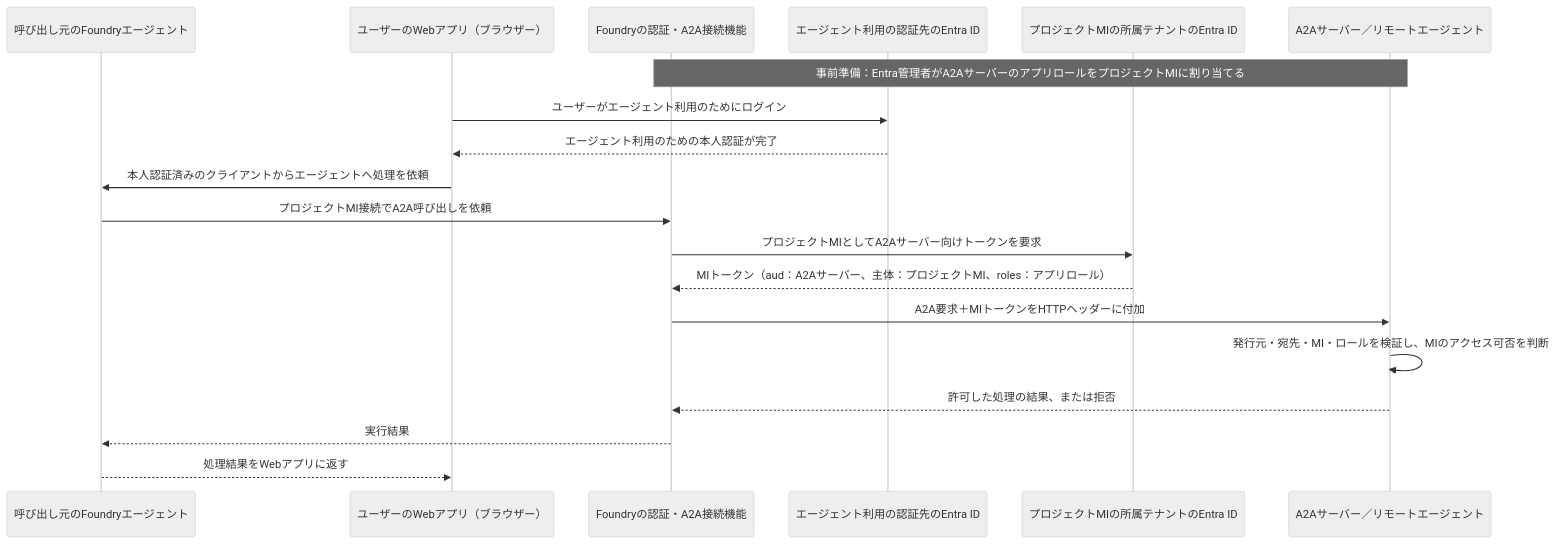
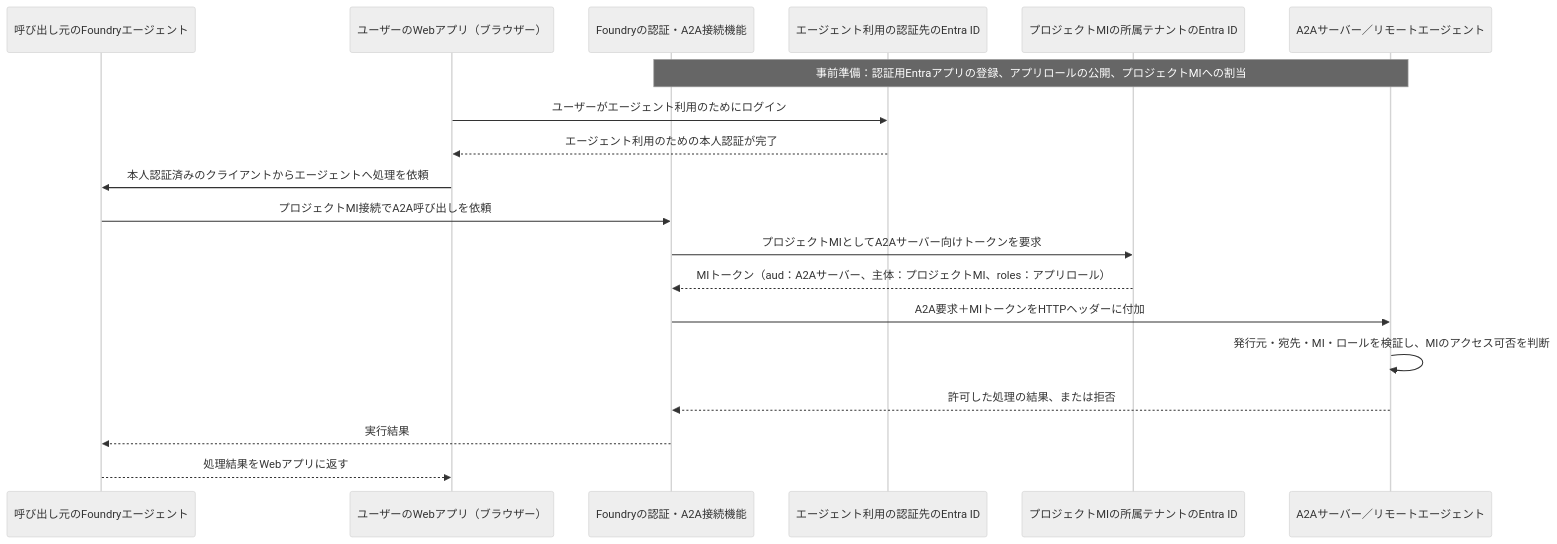
The seventh of 8 diagrams in public/docs/A2Aの基本.md (ketana0224/cross-tenant-obo), drawn with Mermaid (neutral theme) before and after one commit. The commit also changed other lines of this file and 8 other files, not shown here.

````diff
--- a/public/docs/A2Aの基本.md
+++ b/public/docs/A2Aの基本.md
@@ -253,22 +256,22 @@
 ```mermaid
 sequenceDiagram
     participant Agent as 呼び出し元のFoundryエージェント
     participant User as ユーザーのWebアプリ（ブラウザー）
     participant Auth as Foundryの認証・A2A接続機能
     participant AgentEntra as エージェント利用の認証先のEntra ID
     participant Entra as プロジェクトMIの所属テナントのEntra ID
     participant A2A as A2Aサーバー／リモートエージェント
 
-    Note over Auth,A2A: 事前準備：Entra管理者がA2AサーバーのアプリロールをプロジェクトMIに割り当てる
+    Note over Auth,A2A: 事前準備：認証用Entraアプリの登録、アプリロールの公開、プロジェクトMIへの割当
     User->>AgentEntra: ユーザーがエージェント利用のためにログイン
     AgentEntra-->>User: エージェント利用のための本人認証が完了
     User->>Agent: 本人認証済みのクライアントからエージェントへ処理を依頼
     Agent->>Auth: プロジェクトMI接続でA2A呼び出しを依頼
     Auth->>Entra: プロジェクトMIとしてA2Aサーバー向けトークンを要求
     Entra-->>Auth: MIトークン（aud：A2Aサーバー、主体：プロジェクトMI、roles：アプリロール）
     Auth->>A2A: A2A要求＋MIトークンをHTTPヘッダーに付加
     A2A->>A2A: 発行元・宛先・MI・ロールを検証し、MIのアクセス可否を判断
     A2A-->>Auth: 許可した処理の結果、または拒否
     Auth-->>Agent: 実行結果
     Agent-->>User: 処理結果をWebアプリに返す
 ```
````
